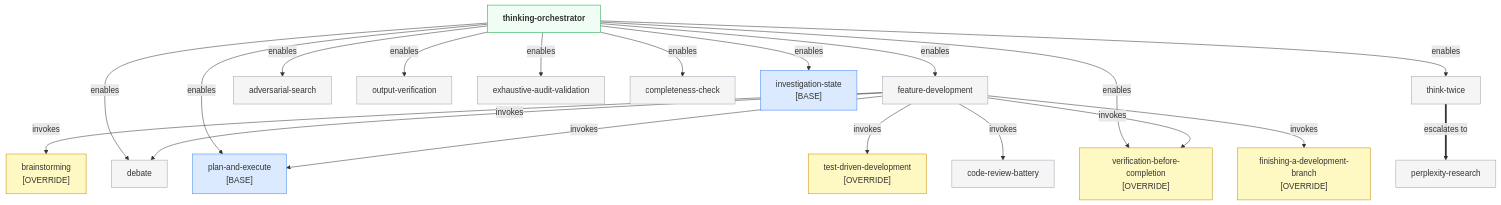
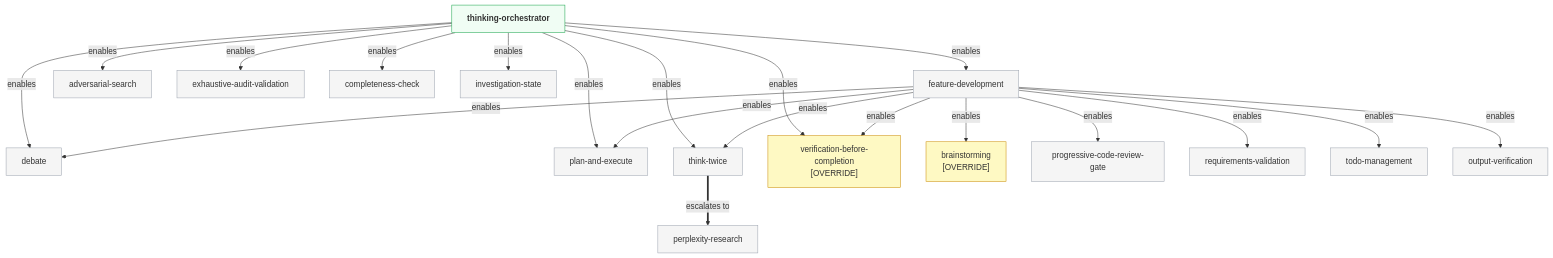
Before and after one commit to bordenet/superpowers-plus: the first of 6 diagrams in docs/SKILL_TAXONOMY.md, drawn with Mermaid. The commit also changed other lines of this file and 8 other files, not shown here.

````diff
--- a/docs/SKILL_TAXONOMY.md
+++ b/docs/SKILL_TAXONOMY.md
@@ -90,45 +56,45 @@
 ```mermaid
 flowchart TD
     classDef orch fill:#f0fdf4,stroke:#16a34a,font-weight:bold
     classDef ovrd fill:#fef9c3,stroke:#ca8a04
-    classDef base fill:#dbeafe,stroke:#3b82f6
     classDef new fill:#f5f5f5,stroke:#9ca3af
 
     TO[thinking-orchestrator]:::orch
     FD[feature-development]:::new
     DB[debate]:::new
-    PAE["plan-and-execute<br/>[BASE]"]:::base
+    PAE[plan-and-execute]:::new
     TWT[think-twice]:::new
     AS[adversarial-search]:::new
     VBC["verification-before-completion<br/>[OVERRIDE]"]:::ovrd
-    OV[output-verification]:::new
     EAV[exhaustive-audit-validation]:::new
     CS[completeness-check]:::new
-    IS["investigation-state<br/>[BASE]"]:::base
+    IS[investigation-state]:::new
     PR[perplexity-research]:::new
     BST["brainstorming<br/>[OVERRIDE]"]:::ovrd
-    TDD["test-driven-development<br/>[OVERRIDE]"]:::ovrd
-    CRB[code-review-battery]:::new
-    FDAB["finishing-a-development-branch<br/>[OVERRIDE]"]:::ovrd
+    PCRG[progressive-code-review-gate]:::new
+    RV[requirements-validation]:::new
+    TM[todo-management]:::new
+    OV[output-verification]:::new
 
     TO -->|enables| FD
     TO -->|enables| DB
     TO -->|enables| PAE
     TO -->|enables| TWT
     TO -->|enables| AS
     TO -->|enables| VBC
-    TO -->|enables| OV
     TO -->|enables| EAV
     TO -->|enables| CS
     TO -->|enables| IS
 
-    FD -->|invokes| BST
-    FD -->|invokes| DB
-    FD -->|invokes| PAE
-    FD -->|invokes| TDD
-    FD -->|invokes| CRB
-    FD -->|invokes| VBC
-    FD -->|invokes| FDAB
+    FD -->|enables| BST
+    FD -->|enables| TWT
+    FD -->|enables| DB
+    FD -->|enables| PCRG
+    FD -->|enables| PAE
+    FD -->|enables| RV
+    FD -->|enables| TM
+    FD -->|enables| OV
+    FD -->|enables| VBC
 
     TWT ==>|escalates to| PR
 ```
````
